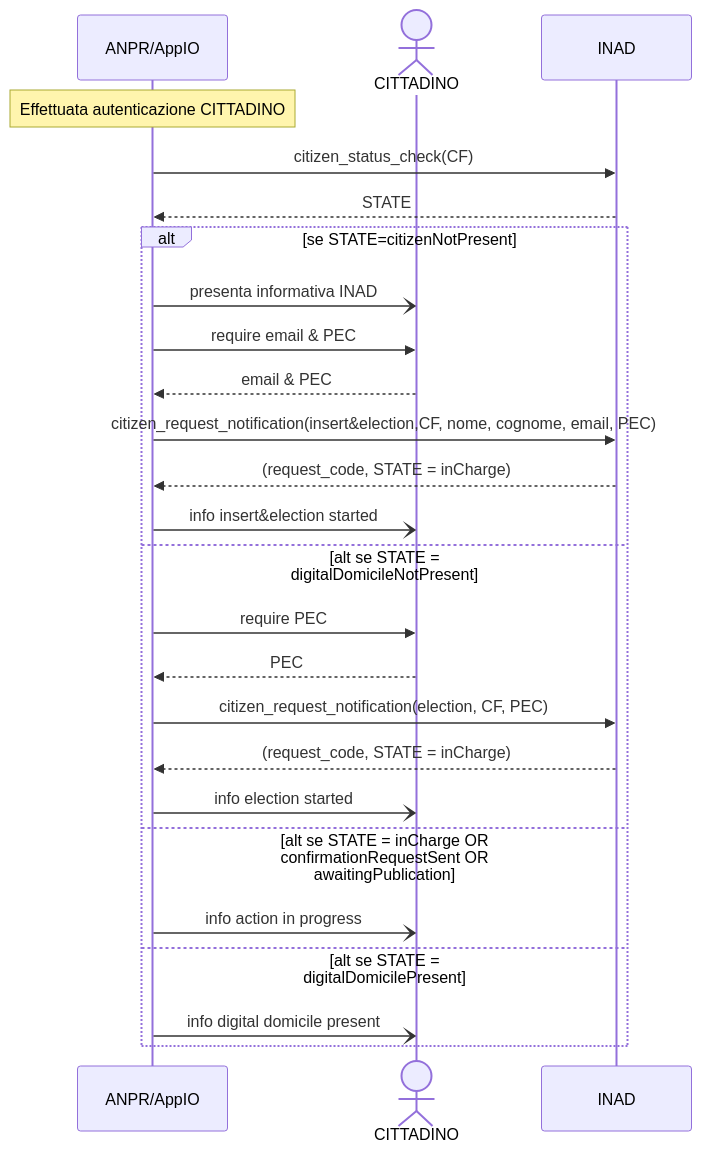
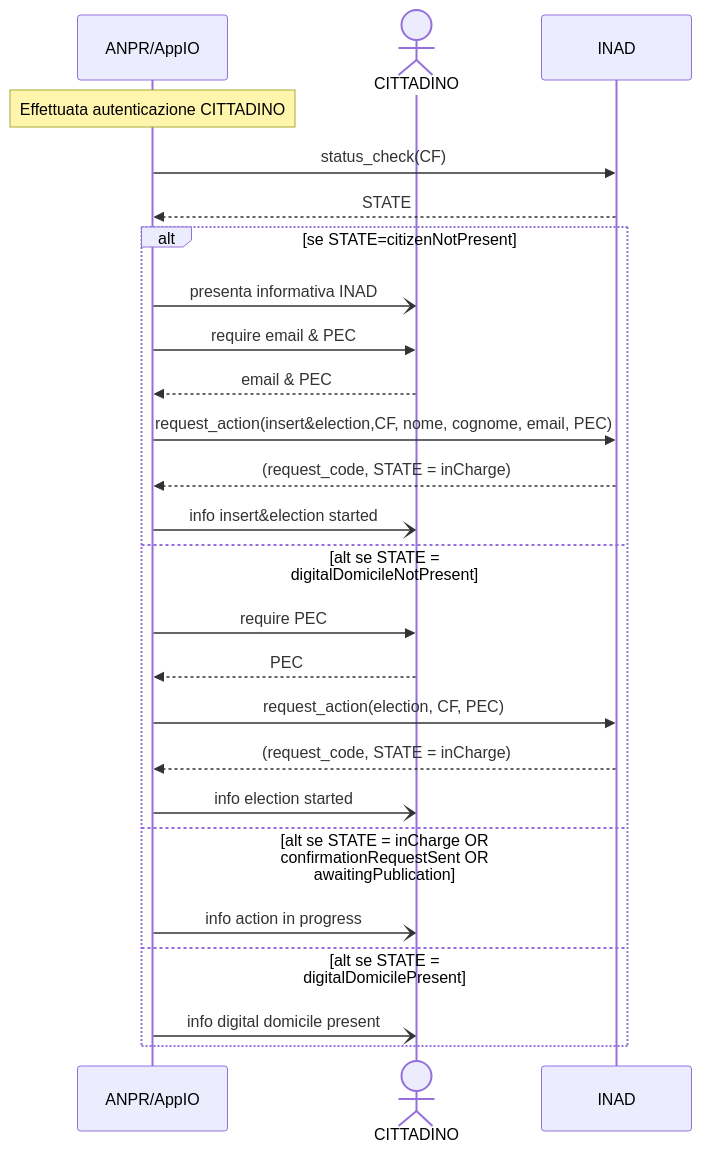
The diagram in mermind/UC001.md (ioggstream/verify_integration_INAD_with_ANPR-IO), drawn with Mermaid before and after one commit. The commit also changed 11 other files, not shown here.

````diff
--- a/mermind/UC001.md
+++ b/mermind/UC001.md
@@ -3,35 +3,35 @@
 ```mermaid
 sequenceDiagram
   participant A as ANPR/AppIO
   actor C as CITTADINO
   participant I as INAD
 
   Note over A: Effettuata autenticazione CITTADINO
 
-  A ->> I: citizen_status_check(CF)
+  A ->> I: status_check(CF)
   I -->> A: STATE
 
   alt se STATE=citizenNotPresent 
     A -) C: presenta informativa INAD
     A ->> C: require email & PEC
     C -->> A: email & PEC
-    A ->> I: citizen_request_notification(insert&election,CF, nome, cognome, email, PEC)
+    A ->> I: request_action(insert&election,CF, nome, cognome, email, PEC)
     I -->> A: (request_code, STATE = inCharge)
     A -) C: info insert&election started
 
   else alt se STATE = digitalDomicileNotPresent 
     A ->> C: require PEC
     C -->> A: PEC
-    A ->> I: citizen_request_notification(election, CF, PEC)
+    A ->> I: request_action(election, CF, PEC)
     I -->> A: (request_code, STATE = inCharge)
     A -) C: info election started
 
   else alt se STATE = inCharge OR confirmationRequestSent OR awaitingPublication
     A -) C: info action in progress
 
   else alt se STATE = digitalDomicilePresent
     A -) C: info digital domicile present
 
   end
 
   ```
````
